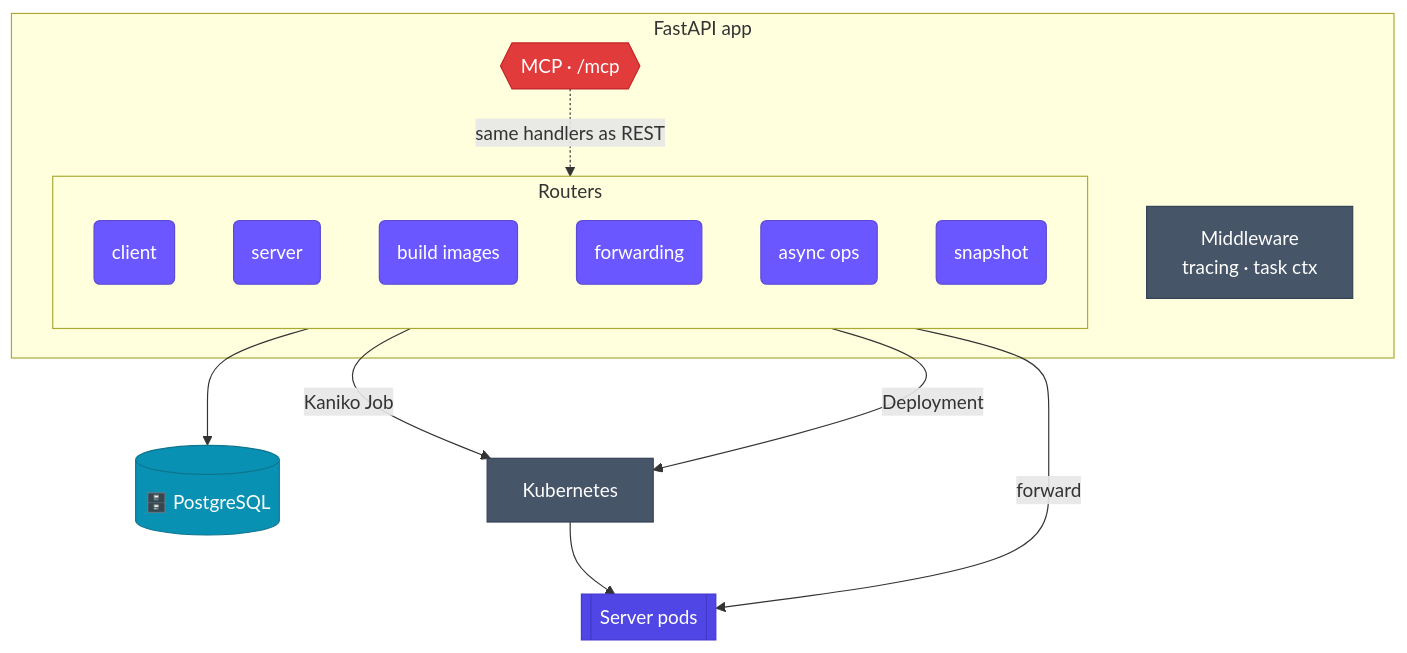
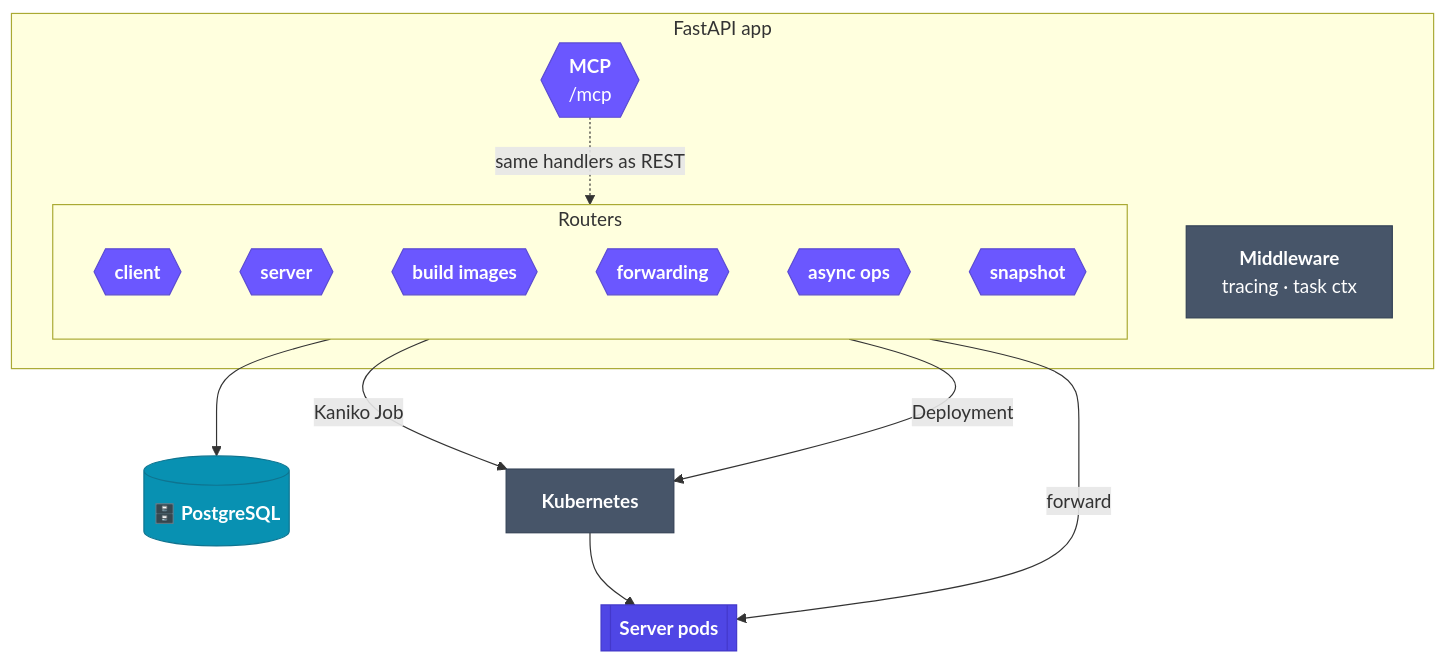
One commit to JetBrains-Research/idegym changed the diagram in website/docs/architecture/orchestrator.md. Above: the diagram before and after it, drawn with Mermaid. The commit also changed 10 other files, not shown here.

First line of the commit message:
[JBRes-9938] diagrams: unify colors/shapes, bold titles, real tooltips, legend

````diff
--- a/website/docs/architecture/orchestrator.md
+++ b/website/docs/architecture/orchestrator.md
@@ -15,40 +15,39 @@
 ```mermaid
 flowchart TB
     subgraph app["FastAPI app"]
-        mw["Middleware<br/>tracing · task ctx"]:::infra
+        mw["<b>Middleware</b><br/>tracing · task ctx"]:::infra
         subgraph routers["Routers"]
             direction TB
-            rc("client"):::ctrl
-            rs("server"):::ctrl
-            rb("build images"):::ctrl
-            rf("forwarding"):::ctrl
-            ra("async ops"):::ctrl
-            rsnap("snapshot"):::ctrl
+            rc{{"<b>client</b>"}}:::ctrl
+            rs{{"<b>server</b>"}}:::ctrl
+            rb{{"<b>build images</b>"}}:::ctrl
+            rf{{"<b>forwarding</b>"}}:::ctrl
+            ra{{"<b>async ops</b>"}}:::ctrl
+            rsnap{{"<b>snapshot</b>"}}:::ctrl
         end
-        mcp{{"MCP · /mcp"}}:::tool
+        mcp{{"<b>MCP</b><br/>/mcp"}}:::ctrl
     end
-    pg[("🗄️ PostgreSQL")]:::store
-    kapi["Kubernetes"]:::infra
-    pods[["Server pods"]]:::pod
+    pg[("<b>🗄️ PostgreSQL</b>")]:::store
+    kapi["<b>Kubernetes</b>"]:::infra
+    pods[["<b>Server pods</b>"]]:::pod
 
     routers --> pg
     rb -->|"Kaniko Job"| kapi
     rs -->|"Deployment"| kapi --> pods
     rf -->|"forward"| pods
     mcp -.->|"same handlers as REST"| routers
 
     classDef ctrl fill:#6b57ff,stroke:#5b4bd2,color:#fff;
-    classDef tool fill:#e23b3b,stroke:#c02626,color:#fff;
     classDef store fill:#0891b2,stroke:#0e7490,color:#fff;
     classDef infra fill:#475569,stroke:#334155,color:#fff;
     classDef pod fill:#4f46e5,stroke:#4338ca,color:#fff;
 
-    click rc "https://github.com/JetBrains-Research/idegym/blob/main/orchestrator/src/idegym/orchestrator/router/client.py" "client router source"
-    click rs "https://github.com/JetBrains-Research/idegym/blob/main/orchestrator/src/idegym/orchestrator/router/server.py" "server router source"
-    click rb "https://github.com/JetBrains-Research/idegym/blob/main/orchestrator/src/idegym/orchestrator/router/build_images.py" "build_images router source"
-    click rf "https://github.com/JetBrains-Research/idegym/blob/main/orchestrator/src/idegym/orchestrator/router/forwarding.py" "forwarding router source"
-    click ra "https://github.com/JetBrains-Research/idegym/blob/main/orchestrator/src/idegym/orchestrator/router/async_operation.py" "async_operation router source"
-    click rsnap "https://github.com/JetBrains-Research/idegym/blob/main/orchestrator/src/idegym/orchestrator/router/snapshot.py" "snapshot router source"
-    click mcp "https://github.com/JetBrains-Research/idegym/blob/main/orchestrator/src/idegym/orchestrator/mcp.py" "MCP server source"
-    click pg "https://github.com/JetBrains-Research/idegym/blob/main/orchestrator/src/idegym/orchestrator/database" "database layer source"
+    click rc "https://github.com/JetBrains-Research/idegym/blob/main/orchestrator/src/idegym/orchestrator/router/client.py" "View the client router source on GitHub."
+    click rs "https://github.com/JetBrains-Research/idegym/blob/main/orchestrator/src/idegym/orchestrator/router/server.py" "View the server-lifecycle router source on GitHub."
+    click rb "https://github.com/JetBrains-Research/idegym/blob/main/orchestrator/src/idegym/orchestrator/router/build_images.py" "View the image-build router source on GitHub."
+    click rf "https://github.com/JetBrains-Research/idegym/blob/main/orchestrator/src/idegym/orchestrator/router/forwarding.py" "View the request-forwarding router source on GitHub."
+    click ra "https://github.com/JetBrains-Research/idegym/blob/main/orchestrator/src/idegym/orchestrator/router/async_operation.py" "View the async-operation router source on GitHub."
+    click rsnap "https://github.com/JetBrains-Research/idegym/blob/main/orchestrator/src/idegym/orchestrator/router/snapshot.py" "View the snapshot router source on GitHub."
+    click mcp "https://github.com/JetBrains-Research/idegym/blob/main/orchestrator/src/idegym/orchestrator/mcp.py" "View the MCP server source on GitHub."
+    click pg "https://github.com/JetBrains-Research/idegym/blob/main/orchestrator/src/idegym/orchestrator/database" "Browse the database layer source on GitHub."
 ```
````
